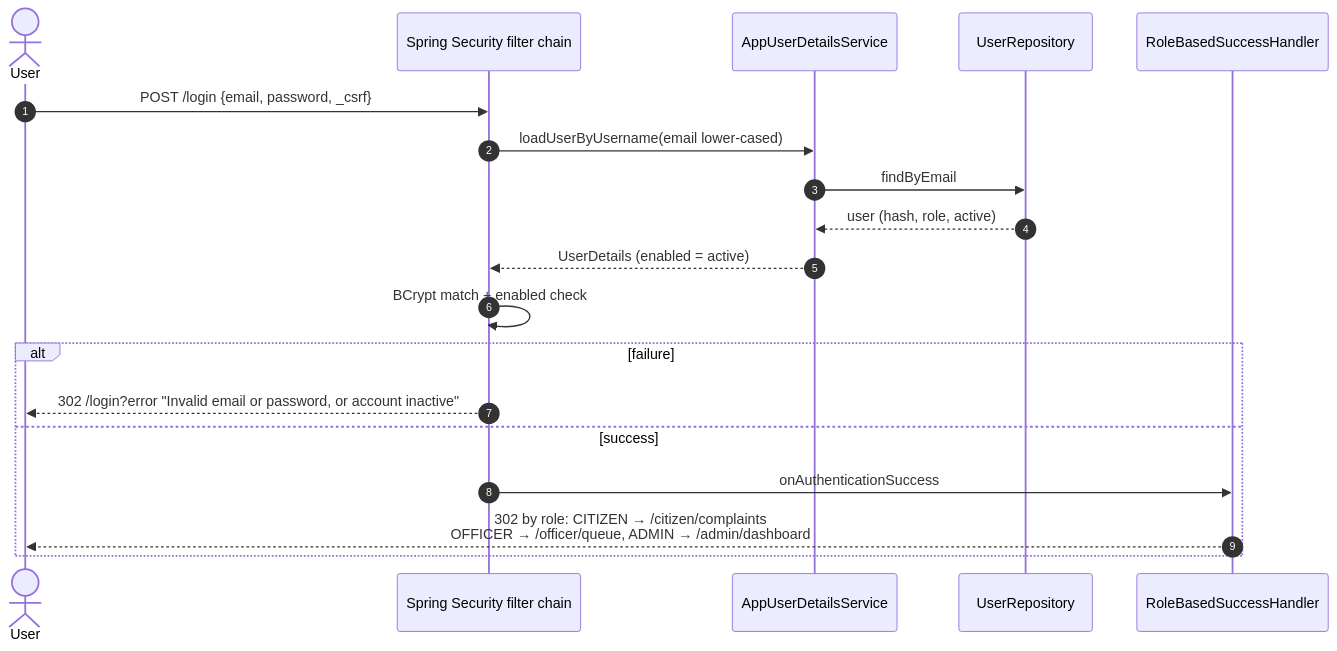
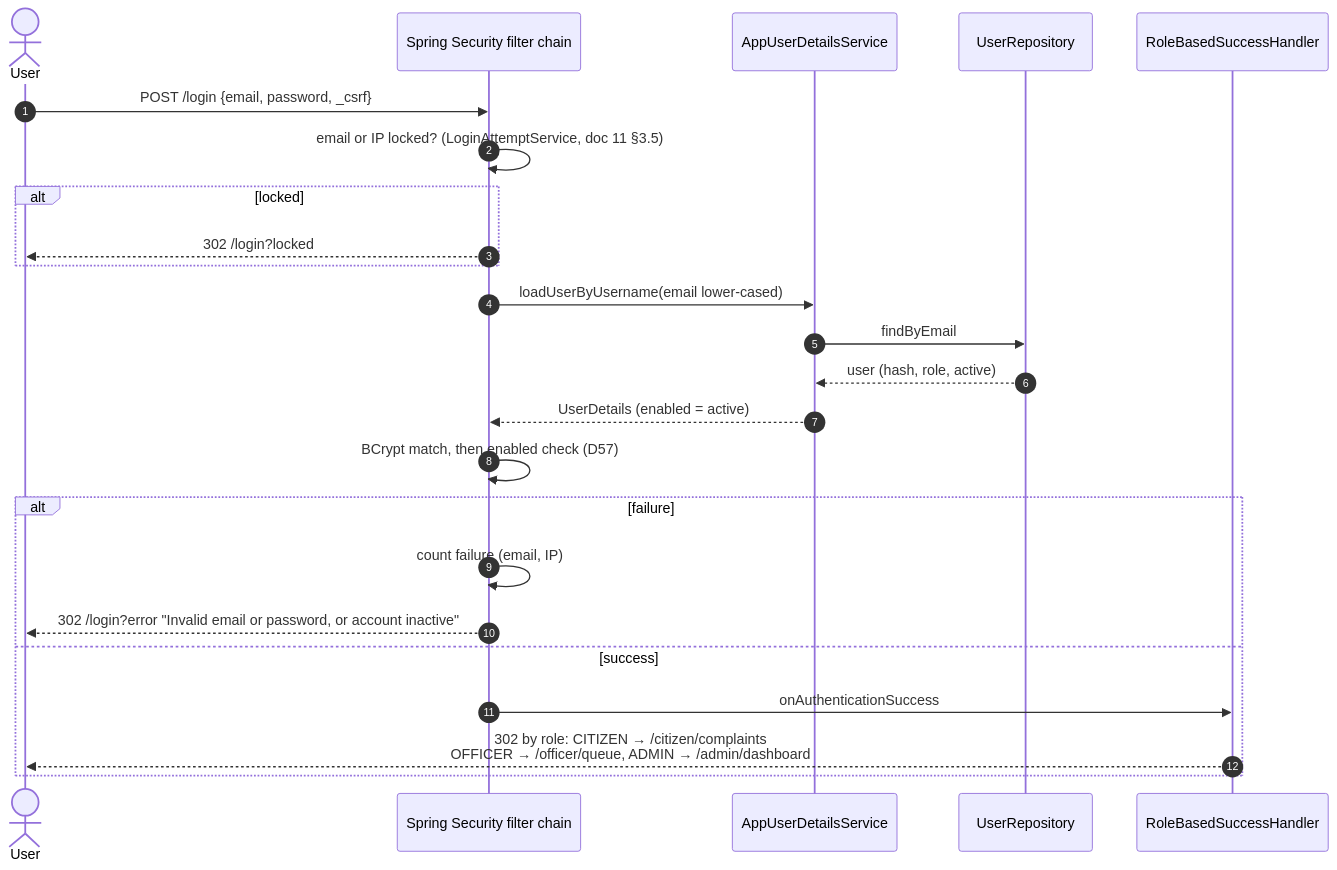
One commit to Mahesh38/arya_project changed diagram 18 of 19 in docs/specs/06-flow-diagrams.md. Above: the diagram before and after it, drawn with Mermaid. The commit also changed other lines of this file and 8 other files, not shown here.

````diff
--- a/docs/specs/06-flow-diagrams.md
+++ b/docs/specs/06-flow-diagrams.md
@@ -572,22 +572,27 @@
 ```mermaid
 sequenceDiagram
     autonumber
     actor U as User
     participant SEC as Spring Security filter chain
     participant UDS as AppUserDetailsService
     participant UR as UserRepository
     participant SH as RoleBasedSuccessHandler
 
     U->>SEC: POST /login {email, password, _csrf}
+    SEC->>SEC: email or IP locked? (LoginAttemptService, doc 11 §3.5)
+    alt locked
+        SEC-->>U: 302 /login?locked
+    end
     SEC->>UDS: loadUserByUsername(email lower-cased)
     UDS->>UR: findByEmail
     UR-->>UDS: user (hash, role, active)
     UDS-->>SEC: UserDetails (enabled = active)
-    SEC->>SEC: BCrypt match + enabled check
+    SEC->>SEC: BCrypt match, then enabled check (D57)
     alt failure
+        SEC->>SEC: count failure (email, IP)
         SEC-->>U: 302 /login?error "Invalid email or password, or account inactive"
     else success
         SEC->>SH: onAuthenticationSuccess
         SH-->>U: 302 by role: CITIZEN → /citizen/complaints<br/>OFFICER → /officer/queue, ADMIN → /admin/dashboard
     end
 ```
````
